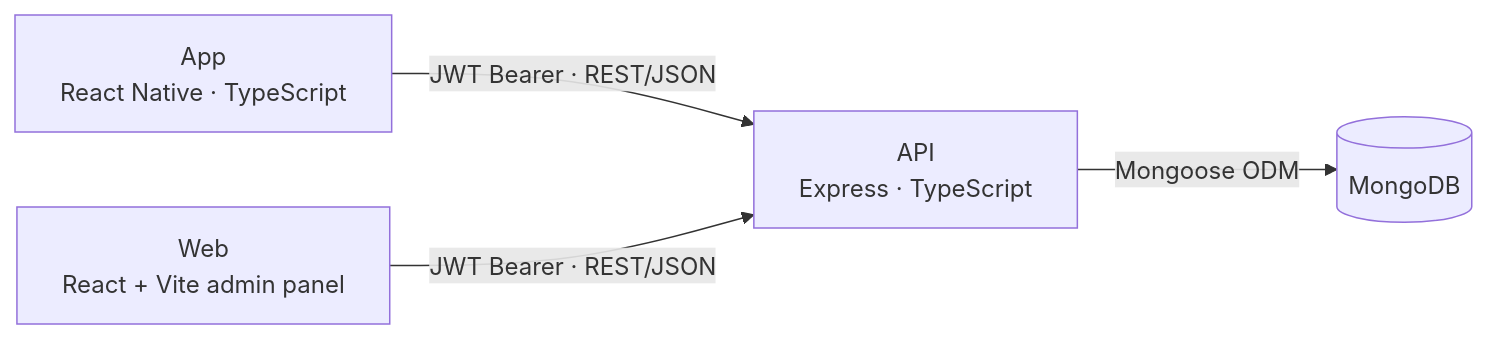
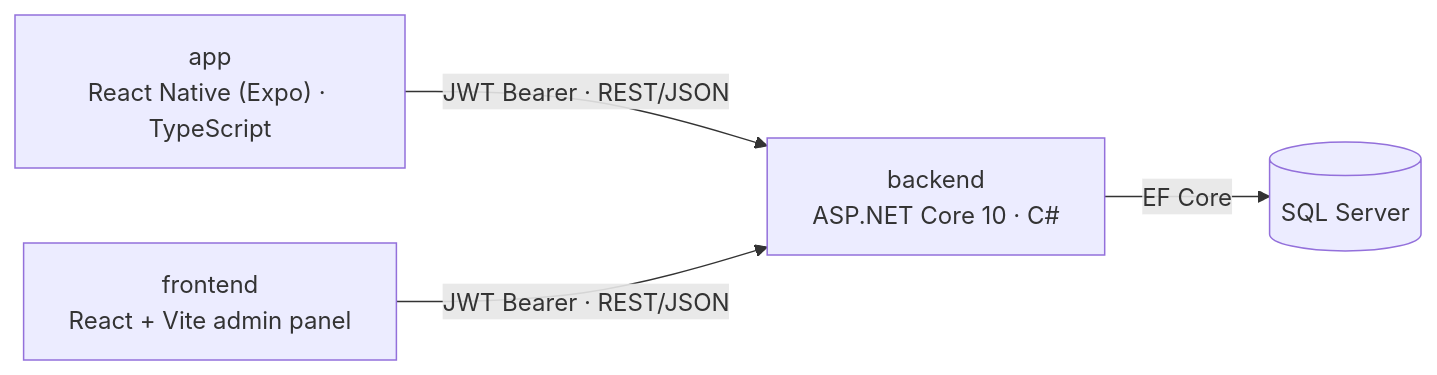
One commit to dharamvir-mindfire/LMS changed the first of 2 diagrams in CLAUDE.md. Above: the diagram before and after it, drawn with Mermaid. The commit also changed other lines of this file and 128 other files, not shown here.

````diff
--- a/CLAUDE.md
+++ b/CLAUDE.md
@@ -26,6 +26,6 @@
 ```mermaid
 flowchart LR
-    A["App\nReact Native · TypeScript"] -->|JWT Bearer · REST/JSON| C
-    W["Web\nReact + Vite admin panel"] -->|JWT Bearer · REST/JSON| C
-    C["API\nExpress · TypeScript"] -->|Mongoose ODM| D[("MongoDB")]
+    A["app\nReact Native (Expo) · TypeScript"] -->|JWT Bearer · REST/JSON| C
+    W["frontend\nReact + Vite admin panel"] -->|JWT Bearer · REST/JSON| C
+    C["backend\nASP.NET Core 10 · C#"] -->|EF Core| D[("SQL Server")]
 ```
````
